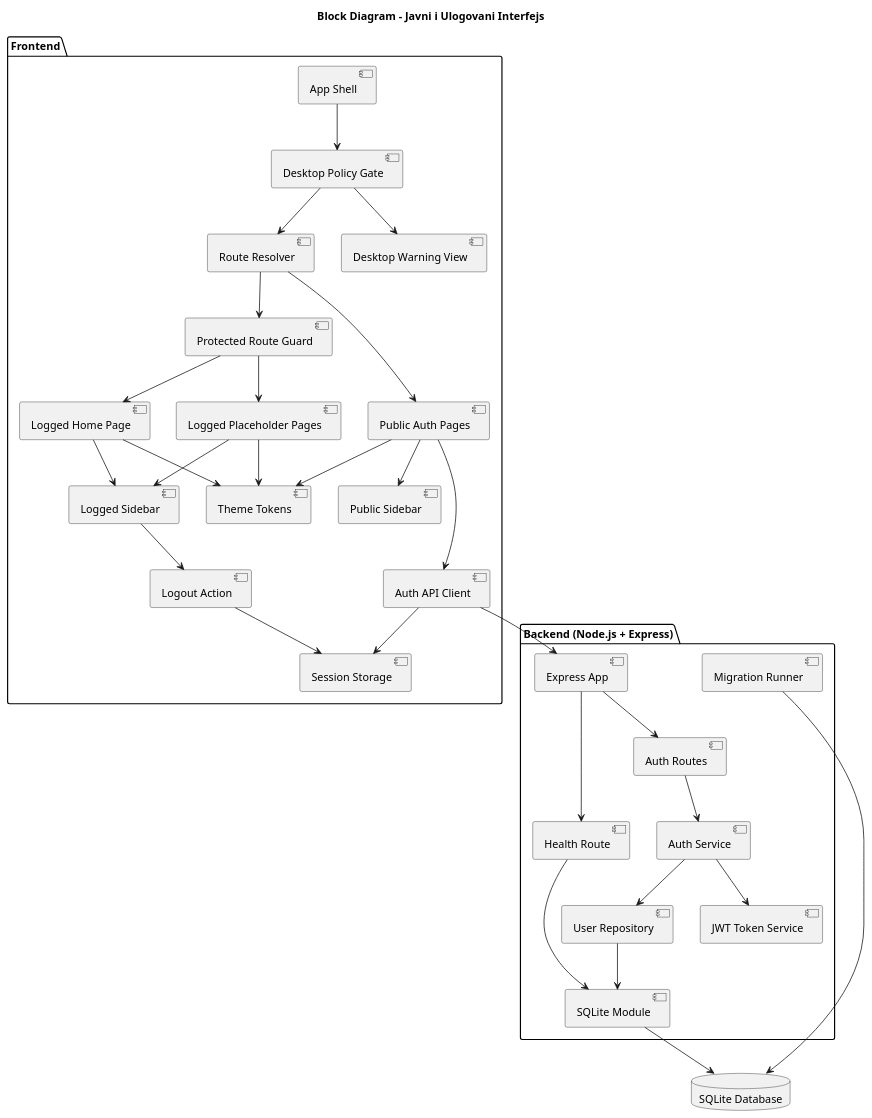
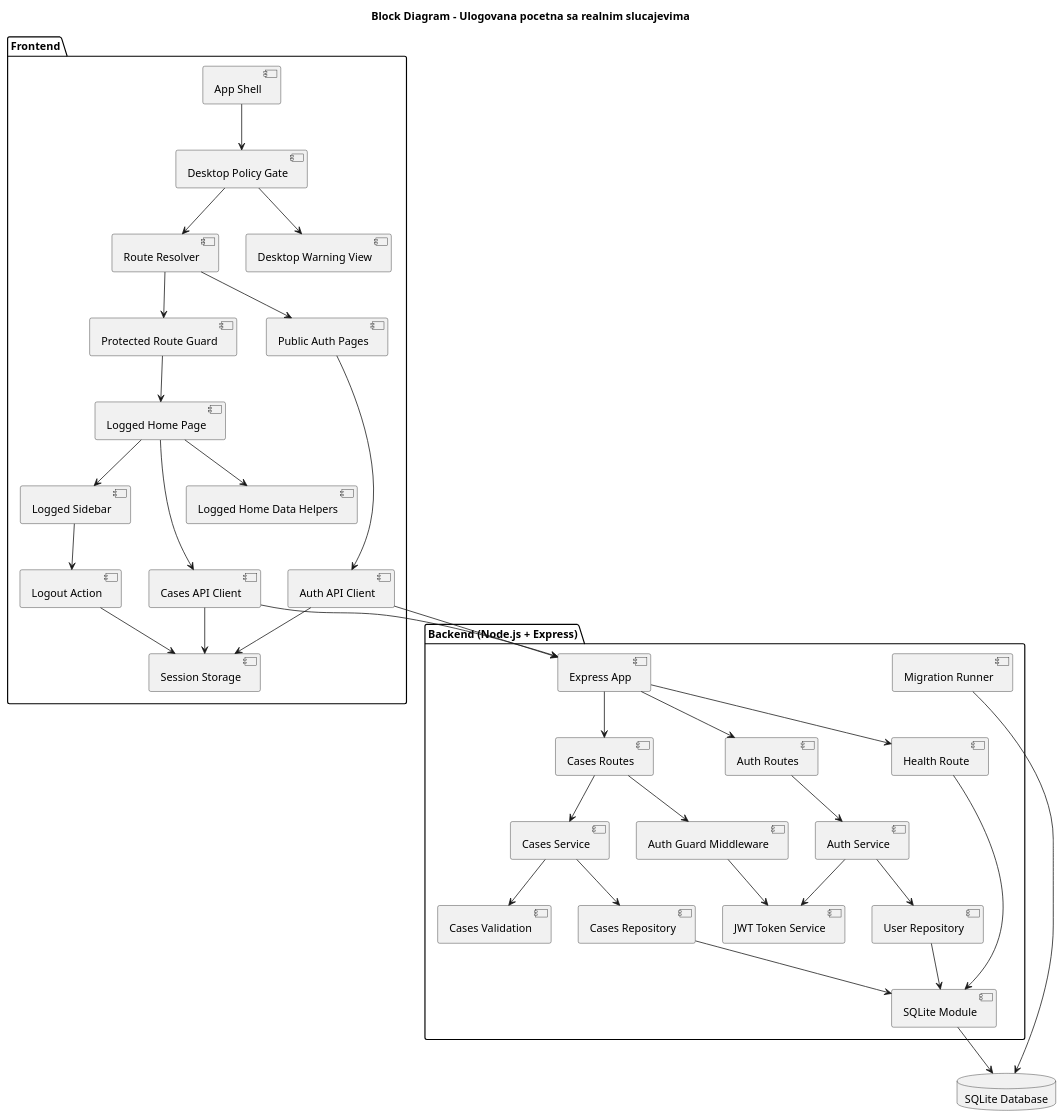
The diagram in Docs/architecture/block_diagram.puml (bagi002/INSPEKTOR), drawn with PlantUML before and after one commit. The commit also changed 25 other files, not shown here.

```diff
--- a/Docs/architecture/block_diagram.puml
+++ b/Docs/architecture/block_diagram.puml
@@ -1,63 +1,71 @@
 @startuml Block Diagram
-title Block Diagram - Javni i Ulogovani Interfejs
+title Block Diagram - Ulogovana pocetna sa realnim slucajevima
 
 package "Frontend" {
   [App Shell]
   [Desktop Policy Gate]
   [Route Resolver]
   [Protected Route Guard]
   [Public Auth Pages]
   [Logged Home Page]
-  [Logged Placeholder Pages]
-  [Public Sidebar]
+  [Logged Home Data Helpers]
   [Logged Sidebar]
   [Auth API Client]
+  [Cases API Client]
   [Session Storage]
   [Logout Action]
   [Desktop Warning View]
-  [Theme Tokens]
 }
 
 package "Backend (Node.js + Express)" {
   [Express App]
   [Auth Routes]
+  [Cases Routes]
+  [Auth Guard Middleware]
   [Auth Service]
+  [Cases Service]
+  [Cases Validation]
   [JWT Token Service]
   [User Repository]
+  [Cases Repository]
   [SQLite Module]
   [Migration Runner]
   [Health Route]
 }
 
 database "SQLite Database" as Db
 
 [App Shell] --> [Desktop Policy Gate]
 [Desktop Policy Gate] --> [Route Resolver]
 [Desktop Policy Gate] --> [Desktop Warning View]
 [Route Resolver] --> [Protected Route Guard]
 [Route Resolver] --> [Public Auth Pages]
 [Protected Route Guard] --> [Logged Home Page]
-[Protected Route Guard] --> [Logged Placeholder Pages]
-[Public Auth Pages] --> [Public Sidebar]
+[Public Auth Pages] --> [Auth API Client]
 [Logged Home Page] --> [Logged Sidebar]
-[Logged Placeholder Pages] --> [Logged Sidebar]
-[Public Auth Pages] --> [Auth API Client]
+[Logged Home Page] --> [Cases API Client]
+[Logged Home Page] --> [Logged Home Data Helpers]
 [Auth API Client] --> [Session Storage]
+[Cases API Client] --> [Session Storage]
 [Logout Action] --> [Session Storage]
 [Logged Sidebar] --> [Logout Action]
 
-[Public Auth Pages] --> [Theme Tokens]
-[Logged Home Page] --> [Theme Tokens]
-[Logged Placeholder Pages] --> [Theme Tokens]
-
 [Auth API Client] --> [Express App]
+[Cases API Client] --> [Express App]
 [Express App] --> [Auth Routes]
+[Express App] --> [Cases Routes]
 [Express App] --> [Health Route]
 [Auth Routes] --> [Auth Service]
+[Cases Routes] --> [Auth Guard Middleware]
+[Cases Routes] --> [Cases Service]
+[Auth Guard Middleware] --> [JWT Token Service]
 [Auth Service] --> [JWT Token Service]
 [Auth Service] --> [User Repository]
+[Cases Service] --> [Cases Validation]
+[Cases Service] --> [Cases Repository]
 [User Repository] --> [SQLite Module]
+[Cases Repository] --> [SQLite Module]
 [SQLite Module] --> Db
 [Migration Runner] --> Db
 [Health Route] --> [SQLite Module]
 @enduml
```
